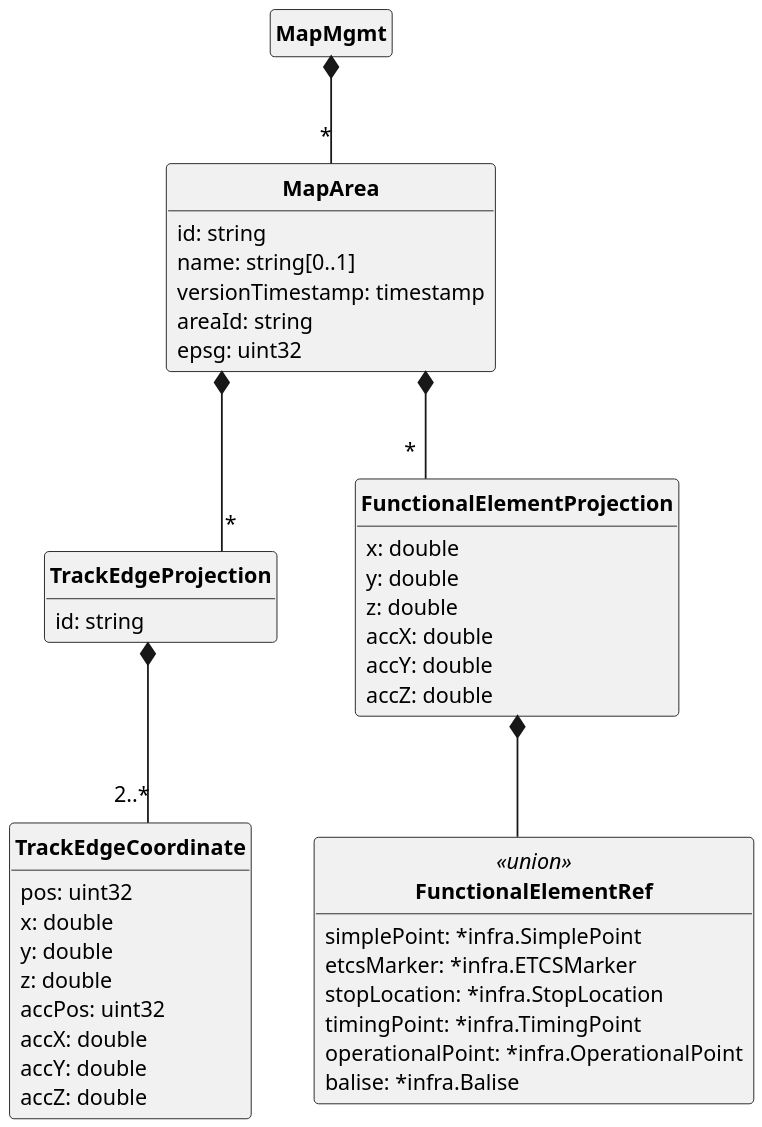
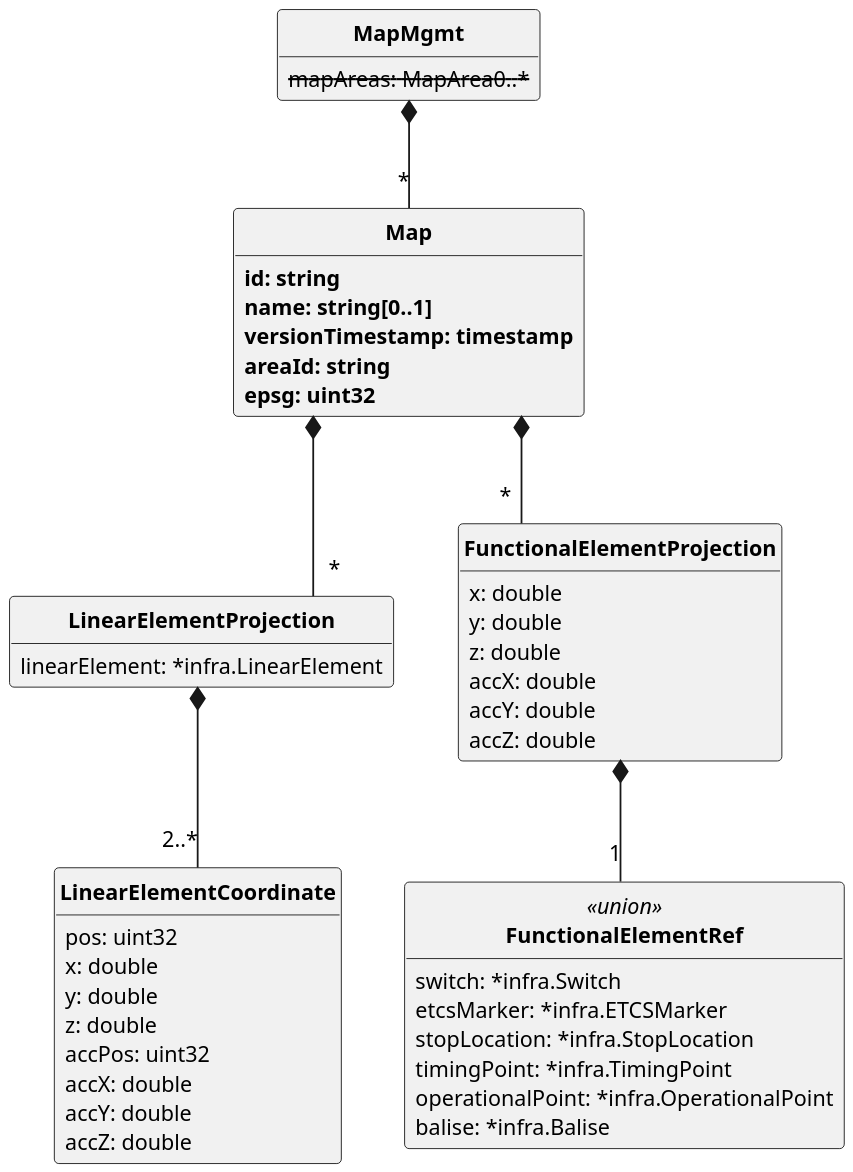
One commit to StructLab/CCSTMS-Data-Model changed the diagram in Resources/plant_uml/map.plantuml. Above: the diagram before and after it, drawn with PlantUML. The commit also changed 25 other files, not shown here.

Commit message:
uml resource

```diff
--- a/Resources/plant_uml/map.plantuml
+++ b/Resources/plant_uml/map.plantuml
@@ -1,63 +1,64 @@
 @startuml
 skinparam monochrome true
 skinparam shadowing false
 skinparam classAttributeIconSize 0
 skinparam DefaultFontName arial
 skinparam DefaultFontSize 12
 skinparam ClassFontStyle bold
 skinparam linetype ortho
 skinparam dpi 200
 hide empty fields
 hide empty methods
 hide circle
 
-class MapArea {
- id: string
- name: string[0..1]
- versionTimestamp: timestamp
- areaId: string
- epsg: uint32
+class Map {
+ <b>id: string</b>
+ <b>name: string[0..1]</b>
+ <b>versionTimestamp: timestamp</b>
+ <b>areaId: string</b>
+ <b>epsg: uint32</b>
 }
 
-class TrackEdgeProjection {
- id: string
+class LinearElementProjection {
+ linearElement: *infra.LinearElement
 }
 
-class TrackEdgeCoordinate {
+class LinearElementCoordinate {
  pos: uint32
  x: double
  y: double
  z: double
  accPos: uint32
  accX: double
  accY: double
  accZ: double
 }
 
 class FunctionalElementProjection {
  x: double
  y: double
  z: double
  accX: double
  accY: double
  accZ: double
 }
 
 class FunctionalElementRef << union >> {
- simplePoint: *infra.SimplePoint
+ switch: *infra.Switch
  etcsMarker: *infra.ETCSMarker
  stopLocation: *infra.StopLocation
  timingPoint: *infra.TimingPoint
  operationalPoint: *infra.OperationalPoint
  balise: *infra.Balise
 }
 
 class MapMgmt {
+ <s>mapAreas: MapArea0..*</s>
 }
 
-MapArea *-- "*" TrackEdgeProjection
-MapArea *-- "*" FunctionalElementProjection
-TrackEdgeProjection *-- "2..*" TrackEdgeCoordinate
-FunctionalElementProjection *-- FunctionalElementRef
-MapMgmt *-- "*" MapArea
+Map *-- "*" LinearElementProjection
+Map *-- "*" FunctionalElementProjection
+LinearElementProjection *-- "2..*" LinearElementCoordinate
+FunctionalElementProjection *-- "1" FunctionalElementRef
+MapMgmt *-- "*" Map
 @enduml
```
